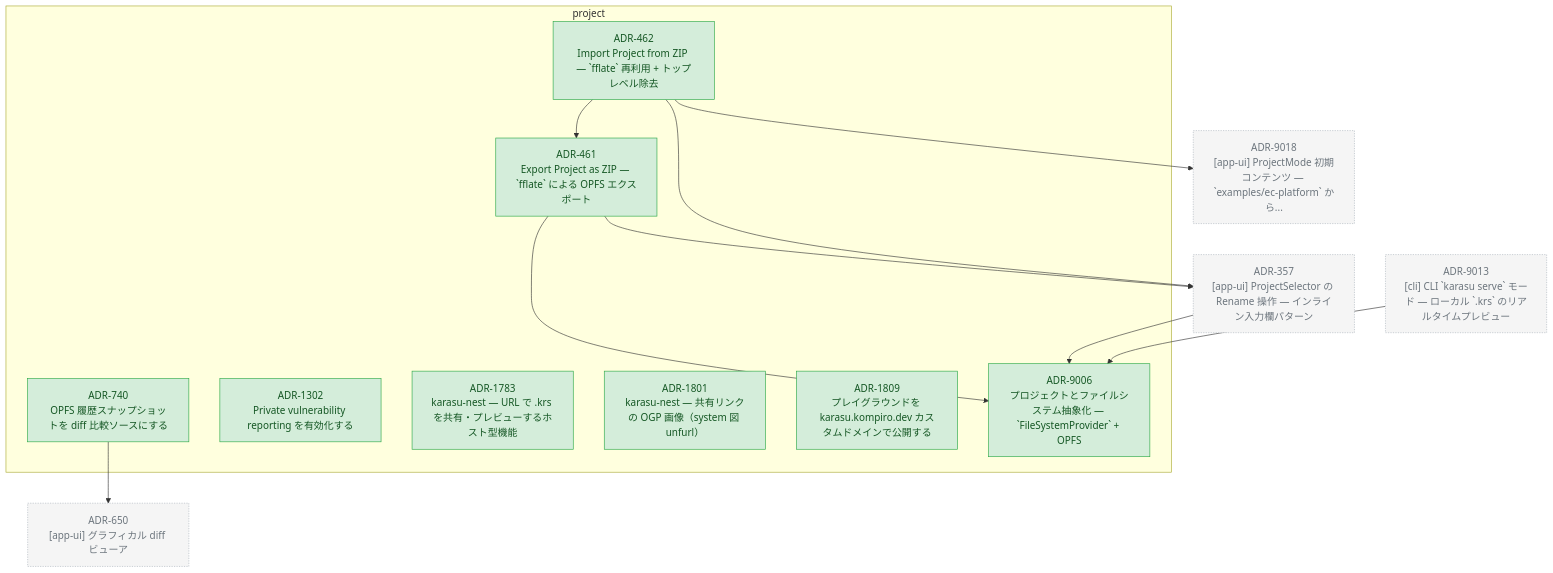
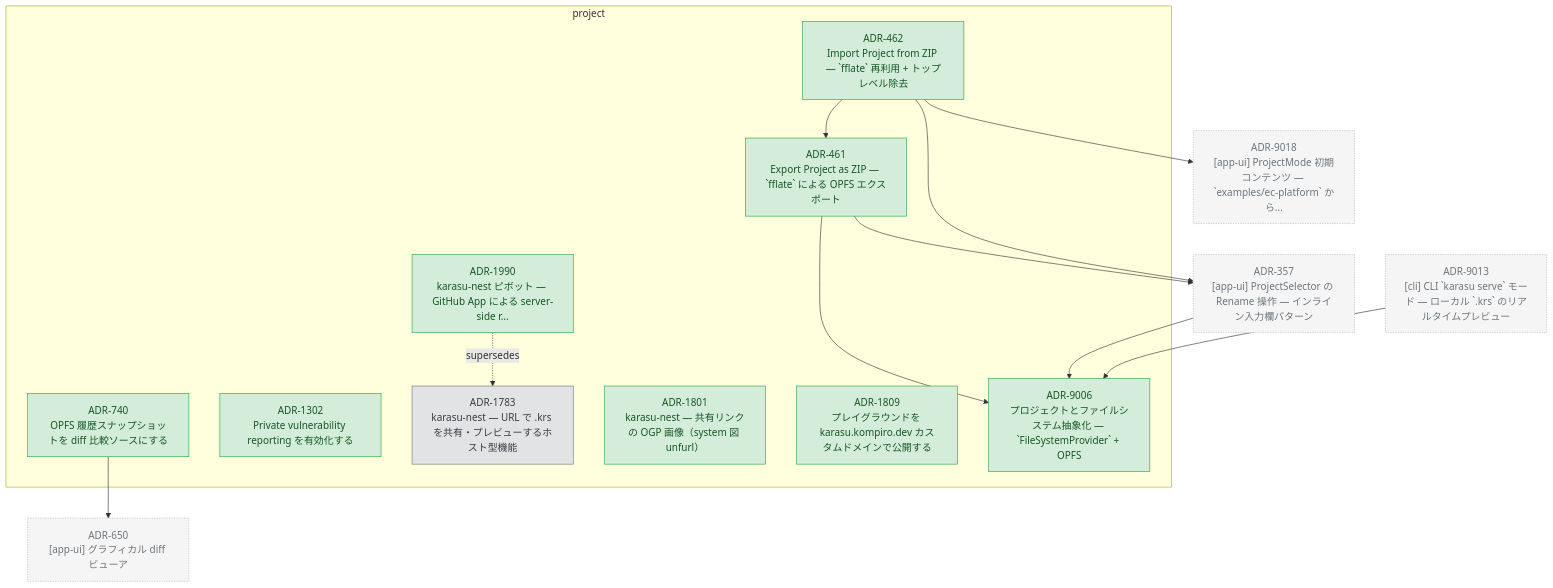
One commit to kompiro/karasu changed the diagram in docs/adr/graph/project.md. Above: the diagram before and after it, drawn with Mermaid. The commit also changed other lines of this file and 7 other files, not shown here.

First line of the commit message:
docs(adr): supersede ADR-1783 with the karasu-nest pivot decision (ADR-1990)

````diff
--- a/docs/adr/graph/project.md
+++ b/docs/adr/graph/project.md
@@ -6,44 +6,47 @@
 ```mermaid
 flowchart TD
   subgraph project["project"]
     ADR_461["ADR-461<br/>Export Project as ZIP — `fflate` による OPFS エクスポート"]
     ADR_462["ADR-462<br/>Import Project from ZIP — `fflate` 再利用 + トップレベル除去"]
     ADR_740["ADR-740<br/>OPFS 履歴スナップショットを diff 比較ソースにする"]
     ADR_1302["ADR-1302<br/>Private vulnerability reporting を有効化する"]
     ADR_1783["ADR-1783<br/>karasu-nest — URL で .krs を共有・プレビューするホスト型機能"]
     ADR_1801["ADR-1801<br/>karasu-nest — 共有リンクの OGP 画像（system 図 unfurl）"]
     ADR_1809["ADR-1809<br/>プレイグラウンドを karasu.kompiro.dev カスタムドメインで公開する"]
+    ADR_1990["ADR-1990<br/>karasu-nest ピボット — GitHub App による server-side r..."]
     ADR_9006["ADR-9006<br/>プロジェクトとファイルシステム抽象化 — `FileSystemProvider` + OPFS"]
   end
   ADR_357["ADR-357<br/>[app-ui] ProjectSelector の Rename 操作 — インライン入力欄パターン"]
   ADR_650["ADR-650<br/>[app-ui] グラフィカル diff ビューア"]
   ADR_9013["ADR-9013<br/>[cli] CLI `karasu serve` モード — ローカル `.krs` のリアルタイムプレビュー"]
   ADR_9018["ADR-9018<br/>[app-ui] ProjectMode 初期コンテンツ — `examples/ec-platform` から..."]
   ADR_461 --> ADR_9006
   ADR_461 --> ADR_357
   ADR_462 --> ADR_357
   ADR_462 --> ADR_9018
   ADR_462 --> ADR_461
   ADR_740 --> ADR_650
   ADR_357 --> ADR_9006
   ADR_9013 --> ADR_9006
+  ADR_1990 -.supersedes.-> ADR_1783
 
   classDef accepted fill:#d4edda,stroke:#28a745,color:#155724
   classDef proposed fill:#fff3cd,stroke:#ffc107,color:#856404
   classDef deprecated fill:#f8d7da,stroke:#dc3545,color:#721c24
   classDef superseded fill:#e2e3e5,stroke:#6c757d,color:#383d41
   classDef not_adopted fill:#e2e3e5,stroke:#6c757d,color:#383d41,stroke-dasharray:3 3
   classDef ghost fill:#f5f5f5,stroke:#adb5bd,color:#6c757d,stroke-dasharray:2 2
   class ADR_461 accepted
   class ADR_462 accepted
   class ADR_740 accepted
   class ADR_1302 accepted
-  class ADR_1783 accepted
+  class ADR_1783 superseded
   class ADR_1801 accepted
   class ADR_1809 accepted
+  class ADR_1990 accepted
   class ADR_9006 accepted
   class ADR_357 ghost
   class ADR_650 ghost
   class ADR_9013 ghost
   class ADR_9018 ghost
 ```
````
